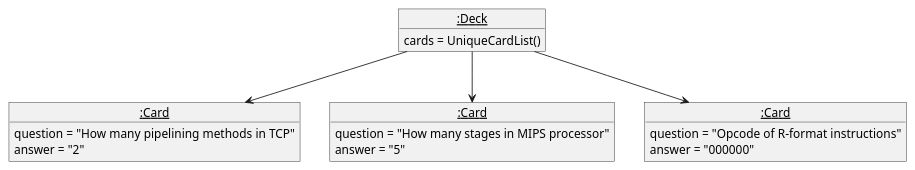
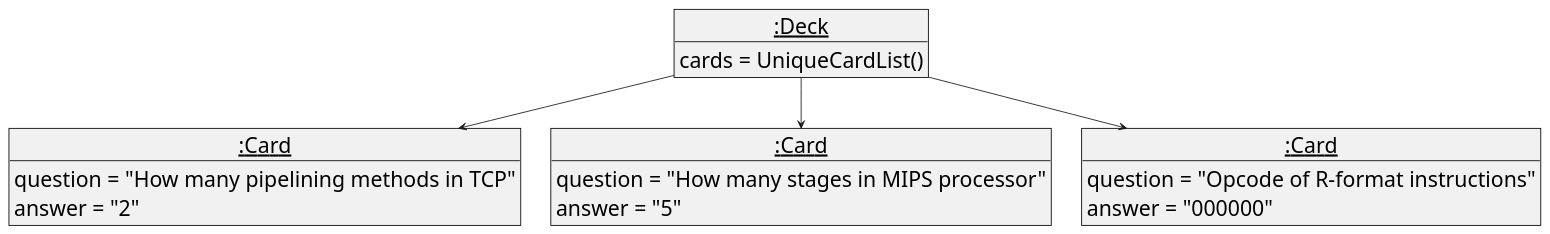
One commit to nus-cs2103-AY2324S1/tp changed the diagram in docs/diagrams/DeckObjectDiagram.puml. Above: the diagram before and after it, drawn with PlantUML. The commit also changed 12 other files, not shown here.

Commit message:
Fix developer guide diagrams

```diff
--- a/docs/diagrams/DeckObjectDiagram.puml
+++ b/docs/diagrams/DeckObjectDiagram.puml
@@ -1,26 +1,34 @@
 @startuml
+skinparam Object {
+    FontColor #000
+    FontSize 25
+    BorderThickness 1
+    BorderColor #000
+    StereotypeFontColor #000
+    FontName Arial
+}
 
 object "<u>:Deck" as IL {
   cards = UniqueCardList()
 }
 
 object "<u>:Card" as I1 {
   question = "How many pipelining methods in TCP"
   answer = "2"
 }
 
 object "<u>:Card" as I2 {
   question = "How many stages in MIPS processor"
   answer = "5"
 }
 
 object "<u>:Card" as I3 {
   question = "Opcode of R-format instructions"
   answer = "000000"
 }
 
 IL -down-> I3
 IL -down-> I1
 IL -down-> I2
 
 @enduml
```
